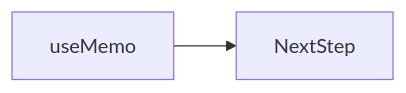
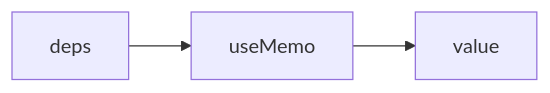
The second of 2 diagrams in docs/en/10-react/usememo/index.md (OmidJavaherii/Frontend-Engineering-Handbook), drawn with Mermaid before and after one commit. The commit also changed other lines of this file and 461 other files, not shown here.

````diff
--- a/docs/en/10-react/usememo/index.md
+++ b/docs/en/10-react/usememo/index.md
@@ -96,4 +108,4 @@
 ```mermaid
 flowchart LR
-  concept[useMemo] --> nextStep[NextStep]
+  deps --> useMemo --> value
 ```
````
